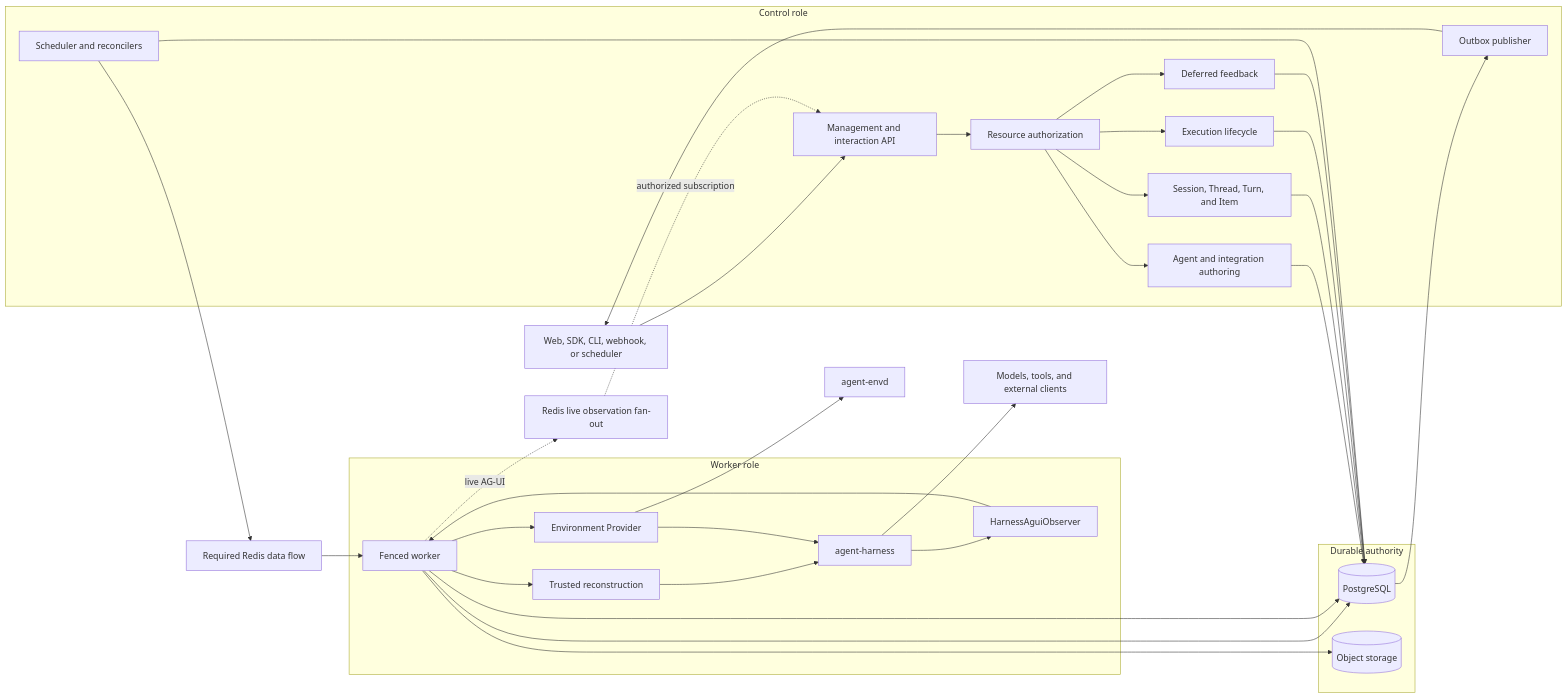
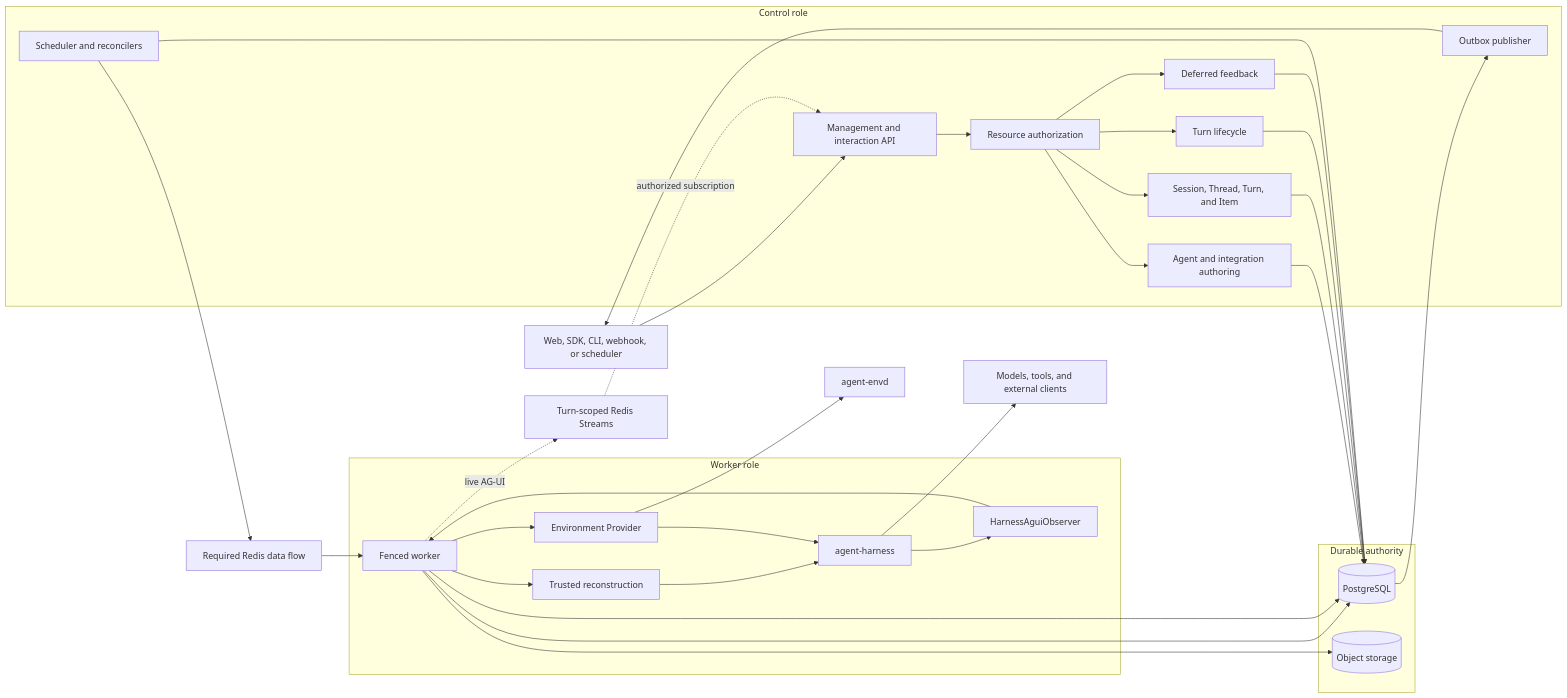
One commit to LTThreeComma/agent-foundation changed the first of 3 diagrams in spec/foundation-service/00-overview.md. Above: the diagram before and after it, drawn with Mermaid. The commit also changed other lines of this file and 31 other files, not shown here.

````diff
--- a/spec/foundation-service/00-overview.md
+++ b/spec/foundation-service/00-overview.md
@@ -13,49 +13,49 @@
 ```mermaid
 flowchart LR
     Client[Web, SDK, CLI, webhook, or scheduler]
 
     subgraph Control[Control role]
         API[Management and interaction API]
         Auth[Resource authorization]
         Authoring[Agent and integration authoring]
         Interaction[Session, Thread, Turn, and Item]
-        Lifecycle[Execution lifecycle]
+        Lifecycle[Turn lifecycle]
         Scheduler[Scheduler and reconcilers]
         Feedback[Deferred feedback]
         Publisher[Outbox publisher]
     end
 
     subgraph Durable[Durable authority]
         Database[(PostgreSQL)]
         Objects[(Object storage)]
     end
 
     Coordination[Required Redis data flow]
-    LiveBus[Redis live observation fan-out]
+    LiveBus[Turn-scoped Redis Streams]
 
     subgraph WorkerRole[Worker role]
         Worker[Fenced worker]
         Reconstruct[Trusted reconstruction]
         Provider[Environment Provider]
         Observer[HarnessAguiObserver]
         Harness[agent-harness]
     end
 
     Envd[agent-envd]
     External[Models, tools, and external clients]
 
     Client --> API --> Auth
     Auth --> Authoring & Interaction & Lifecycle & Feedback
     Authoring & Interaction & Lifecycle & Feedback --> Database
     Scheduler --> Database
     Scheduler --> Coordination --> Worker
     Worker --> Database
     Worker --> Reconstruct --> Harness
     Worker --> Provider --> Harness
     Provider --> Envd
     Harness --> External
     Harness --> Observer --> Worker
     Worker -. live AG-UI .-> LiveBus -. authorized subscription .-> API
     Worker --> Database & Objects
     Database --> Publisher --> Client
 ```
````
